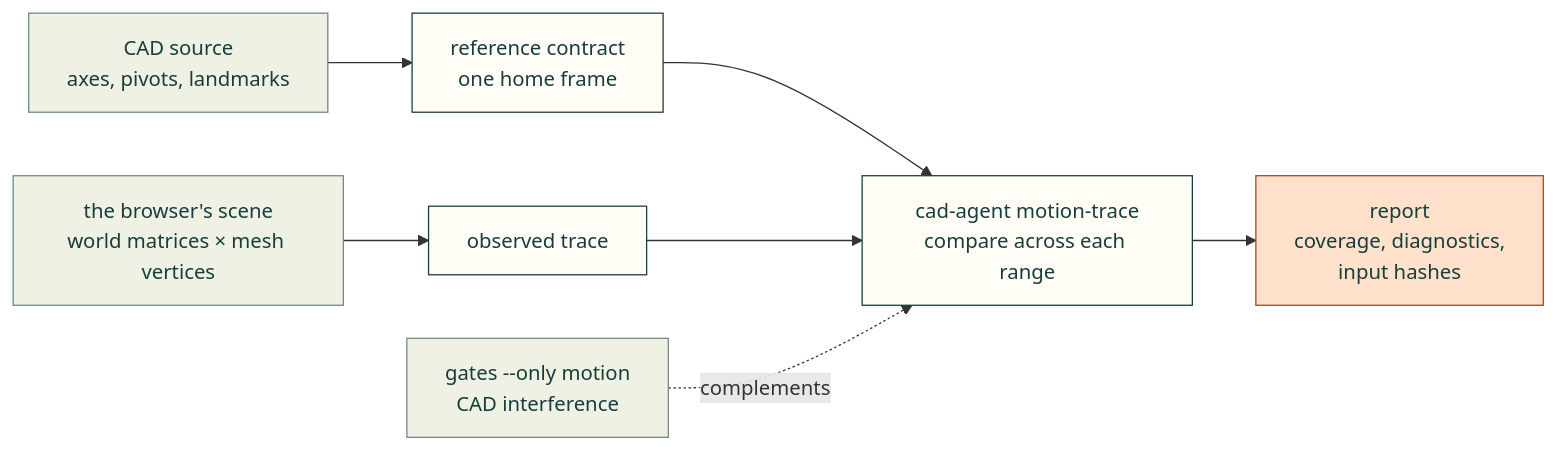
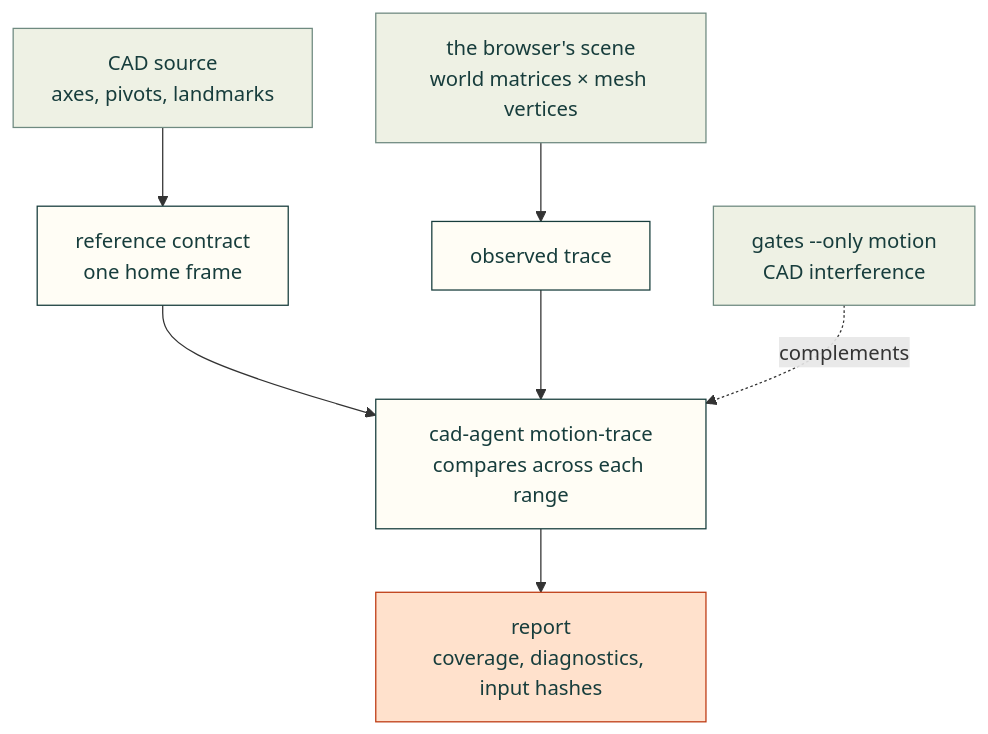
Before and after one commit to Valpatel/cad-agent: the diagram in docs/rendered-motion.md, drawn with Mermaid. The commit also changed 14 other files, not shown here.

First line of the commit message:
Docs diagrams: top-down so they fit the article column; chart shows the error's size from zero

````diff
--- a/docs/rendered-motion.md
+++ b/docs/rendered-motion.md
@@ -8,14 +8,14 @@
 ```mermaid
-flowchart LR
+flowchart TD
     CAD["CAD source<br/>axes, pivots, landmarks"] --> Ref["reference contract<br/>one home frame"]
     Scene["the browser's scene<br/>world matrices × mesh vertices"] --> Obs["observed trace"]
-    Ref & Obs --> T["cad-agent motion-trace<br/>compare across each range"]
-    T --> Rep["report<br/>coverage, diagnostics,<br/>input hashes"]
+    Ref & Obs --> T["cad-agent motion-trace<br/>compares across each range"]
     G["gates --only motion<br/>CAD interference"] -.->|"complements"| T
+    T --> Rep["report<br/>coverage, diagnostics, input hashes"]
     classDef here fill:#fffdf5,stroke:#173d3c,color:#173d3c
     classDef near fill:#eef1e4,stroke:#6f8a80,color:#173d3c
     classDef out fill:#ffe1cc,stroke:#bd3a12,color:#173d3c
     class Ref,Obs,T here
     class CAD,Scene,G near
     class Rep out
 ```
````
